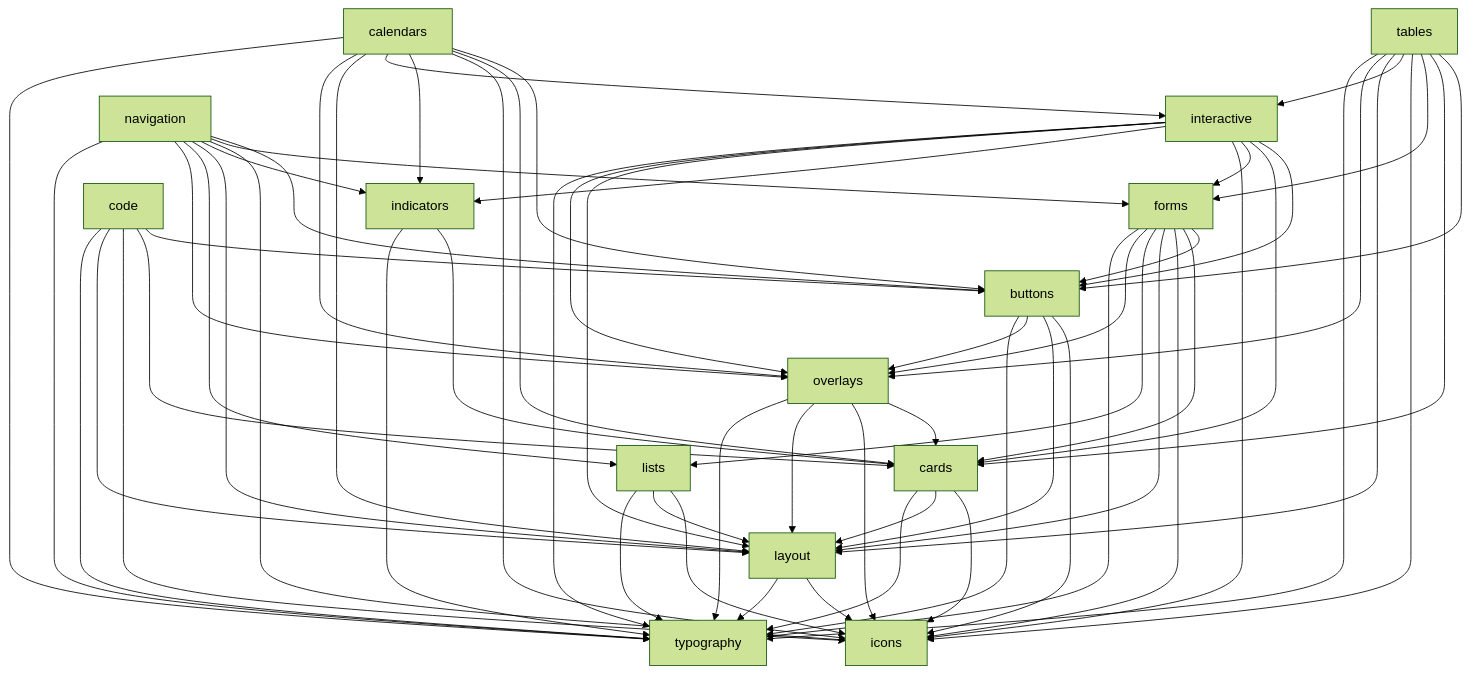
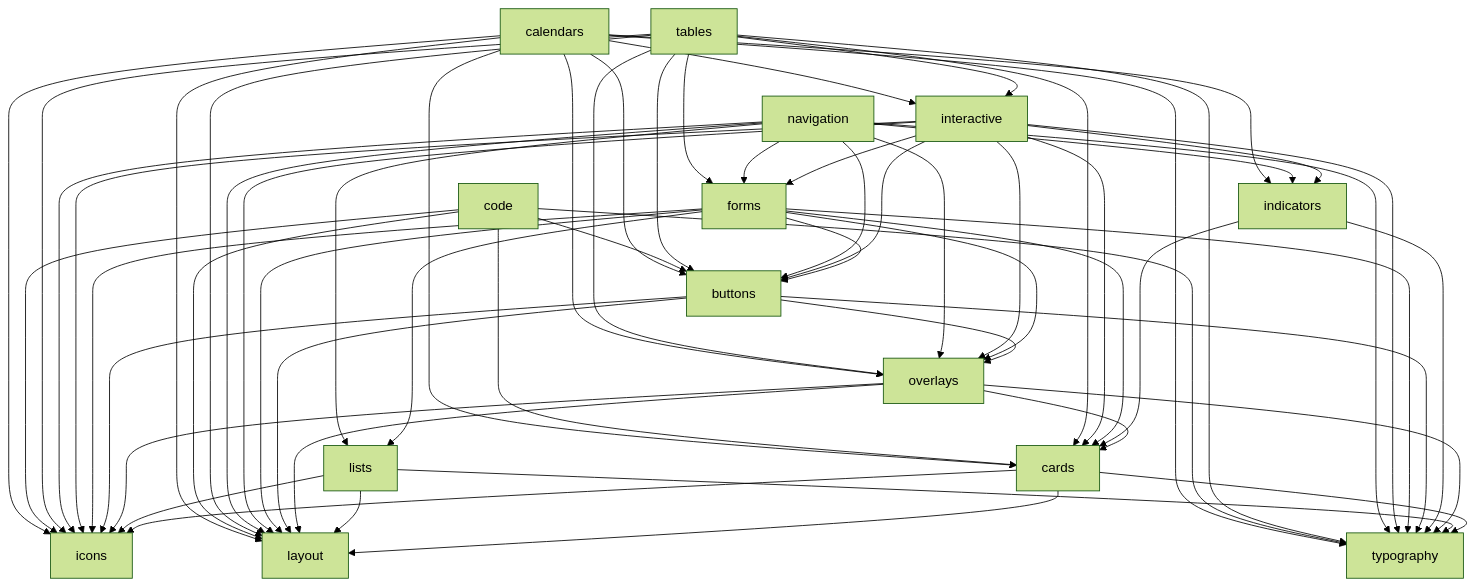
Before and after one commit to uiid-systems/design-system: the diagram in docs/architecture/component-dependency-graph.md, drawn with Mermaid (forest theme). The commit also changed other lines of this file and 1 other file, not shown here.

Commit message:
docs: update dependency graph for layout decoupling; add changeset

````diff
--- a/docs/architecture/component-dependency-graph.md
+++ b/docs/architecture/component-dependency-graph.md
@@ -13,39 +13,37 @@
 ```mermaid
 graph TD
   icons[icons]
   typography[typography]
   layout[layout]
   cards[cards]
   overlays[overlays]
   buttons[buttons]
   indicators[indicators]
   lists[lists]
   forms[forms]
   interactive[interactive]
   navigation[navigation]
   tables[tables]
   code[code]
   calendars[calendars]
-
-  layout --> icons & typography
 
   cards --> icons & layout & typography
   lists --> icons & layout & typography
 
   overlays --> cards & icons & layout & typography
   indicators --> cards & typography
 
   buttons --> icons & layout & overlays & typography
 
   forms --> buttons & cards & icons & layout & lists & overlays & typography
 
   interactive --> buttons & cards & forms & icons & indicators & layout & overlays & typography
 
   navigation --> buttons & forms & icons & indicators & layout & lists & overlays & typography
 
   tables --> buttons & cards & forms & icons & interactive & layout & overlays & typography
 
   code --> buttons & cards & icons & layout & typography
 
   calendars --> buttons & cards & icons & indicators & interactive & layout & overlays & typography
 ```
````
